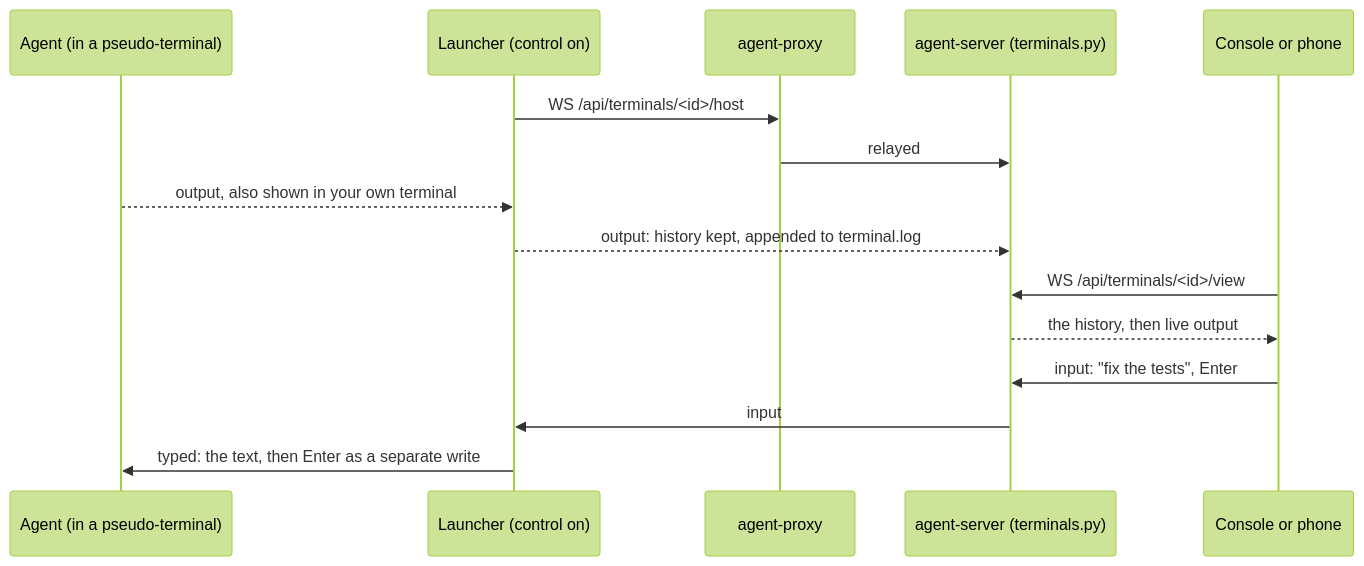
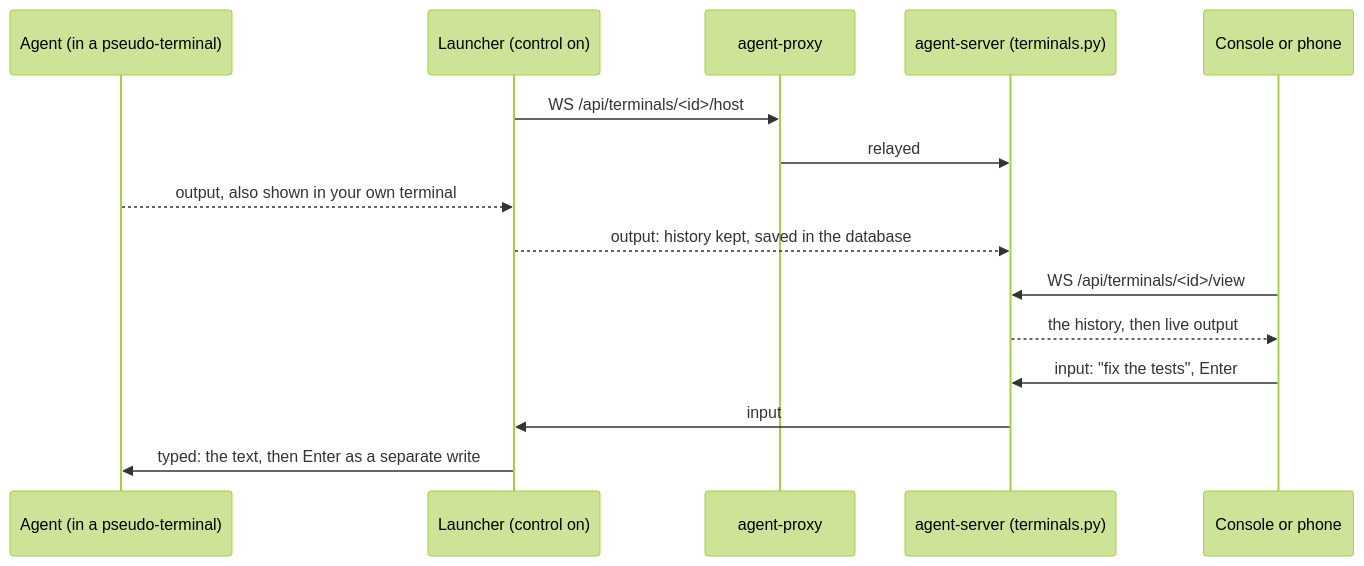
One commit to joeyenfield/ai-coding-agent-proxy changed the fifth of 5 diagrams in docs/architecture.md. Above: the diagram before and after it, drawn with Mermaid (forest theme). The commit also changed other lines of this file and 106 other files, not shown here.

````diff
--- a/docs/architecture.md
+++ b/docs/architecture.md
@@ -234,17 +234,17 @@
 ```mermaid
 sequenceDiagram
   participant A as Agent (in a pseudo-terminal)
   participant L as Launcher (control on)
   participant P as agent-proxy
   participant S as agent-server (terminals.py)
   participant V as Console or phone
   L->>P: WS /api/terminals/<id>/host
   P->>S: relayed
   A-->>L: output, also shown in your own terminal
-  L-->>S: output: history kept, appended to terminal.log
+  L-->>S: output: history kept, saved in the database
   V->>S: WS /api/terminals/<id>/view
   S-->>V: the history, then live output
   V->>S: input: "fix the tests", Enter
   S->>L: input
   L->>A: typed: the text, then Enter as a separate write
 ```
````
